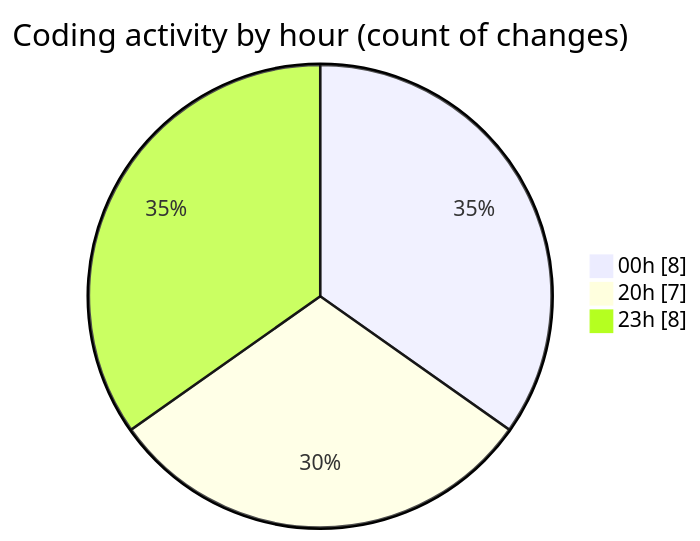
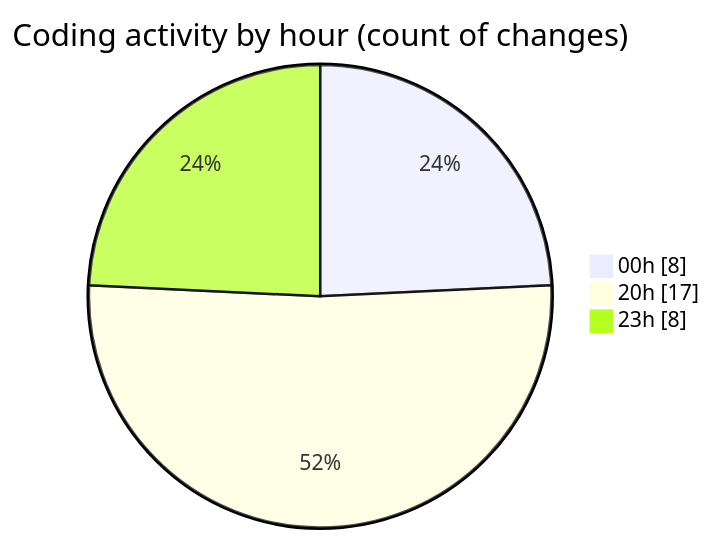
The second of 2 diagrams in 2025-10-16/skintrack/README.md (Netris89/code-tracking), drawn with Mermaid before and after one commit. The commit also changed other lines of this file and 1 other file, not shown here.

````diff
--- a/2025-10-16/skintrack/README.md
+++ b/2025-10-16/skintrack/README.md
@@ -33,7 +34,7 @@
 ```mermaid
 pie showData
 title Coding activity by hour (count of changes)
 "00h" : 8
-"20h" : 7
+"20h" : 17
 "23h" : 8
 ```
````
